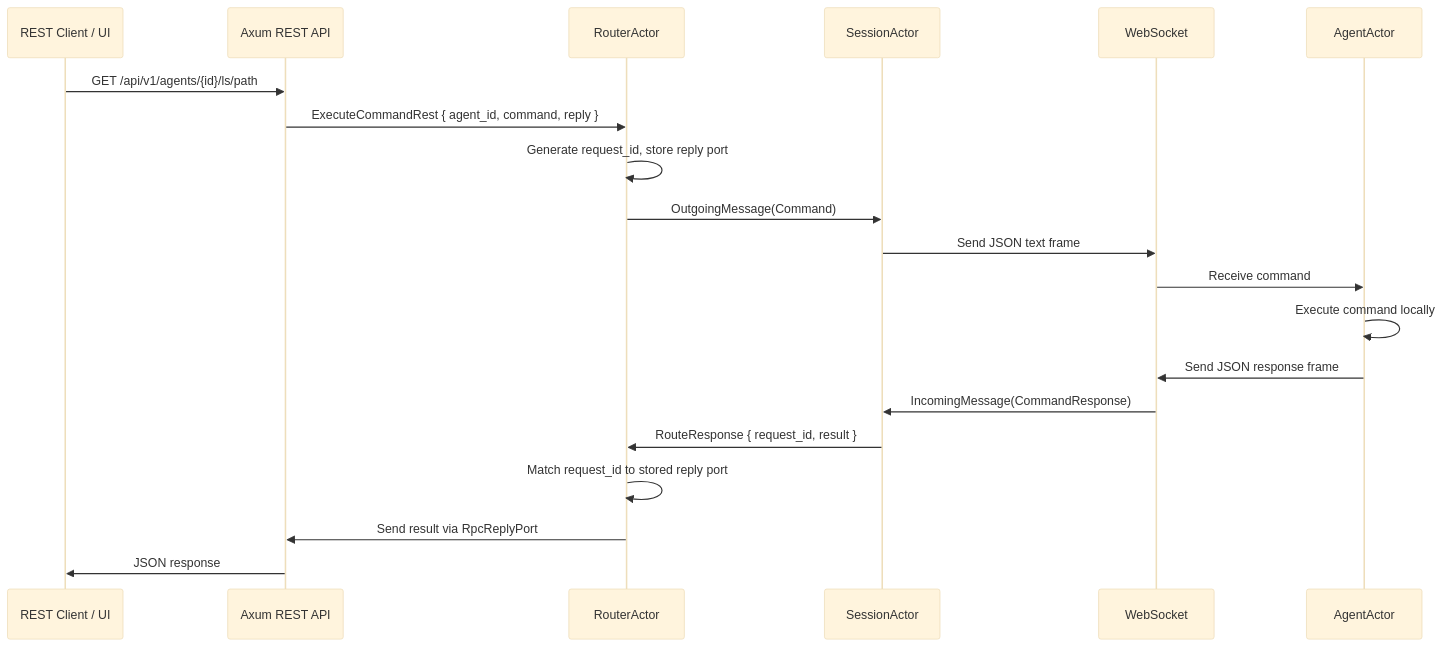
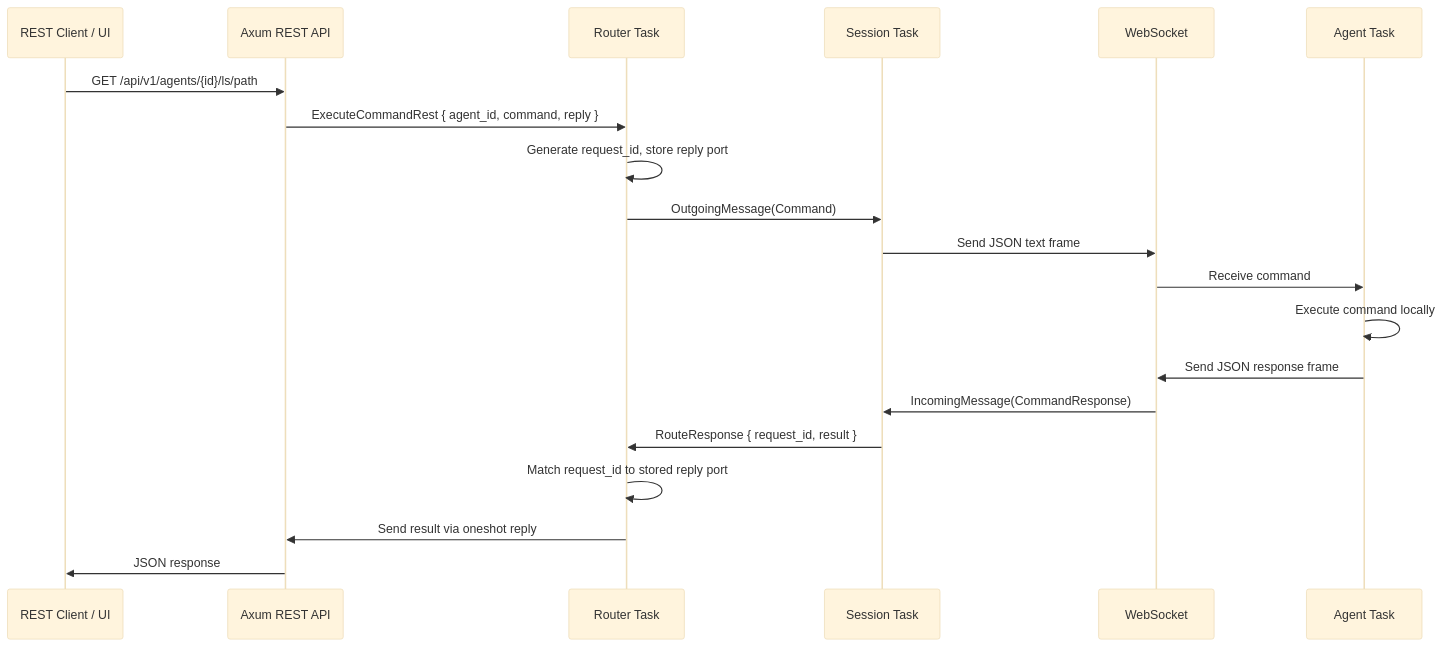
One commit to esamattis/redoor changed the second of 4 diagrams in README.md. Above: the diagram before and after it, drawn with Mermaid (base theme). The commit also changed other lines of this file and 27 other files, not shown here.

````diff
--- a/README.md
+++ b/README.md
@@ -63,23 +60,23 @@
 ```mermaid
 sequenceDiagram
     participant Client as REST Client / UI
     participant API as Axum REST API
-    participant Router as RouterActor
-    participant Session as SessionActor
+    participant Router as Router Task
+    participant Session as Session Task
     participant WS as WebSocket
-    participant Agent as AgentActor
+    participant Agent as Agent Task
 
     Client->>API: GET /api/v1/agents/{id}/ls/path
     API->>Router: ExecuteCommandRest { agent_id, command, reply }
     Router->>Router: Generate request_id, store reply port
     Router->>Session: OutgoingMessage(Command)
     Session->>WS: Send JSON text frame
     WS->>Agent: Receive command
     Agent->>Agent: Execute command locally
     Agent->>WS: Send JSON response frame
     WS->>Session: IncomingMessage(CommandResponse)
     Session->>Router: RouteResponse { request_id, result }
     Router->>Router: Match request_id to stored reply port
-    Router->>API: Send result via RpcReplyPort
+    Router->>API: Send result via oneshot reply
     API->>Client: JSON response
 ```
````
